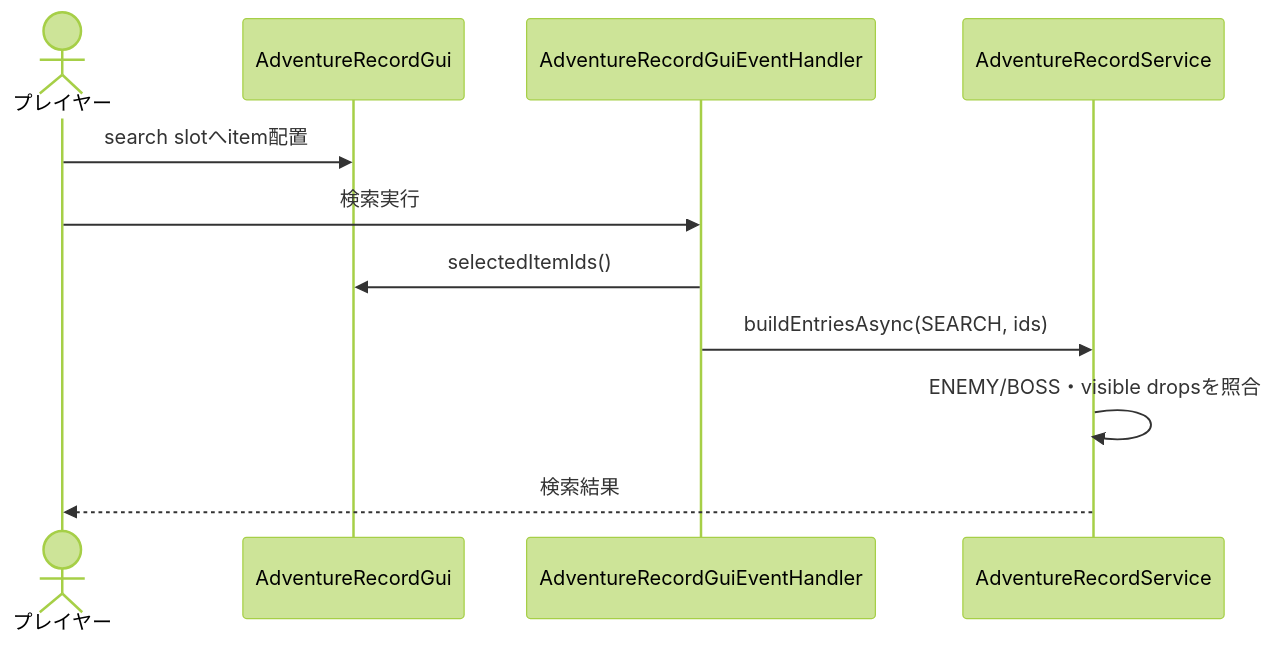
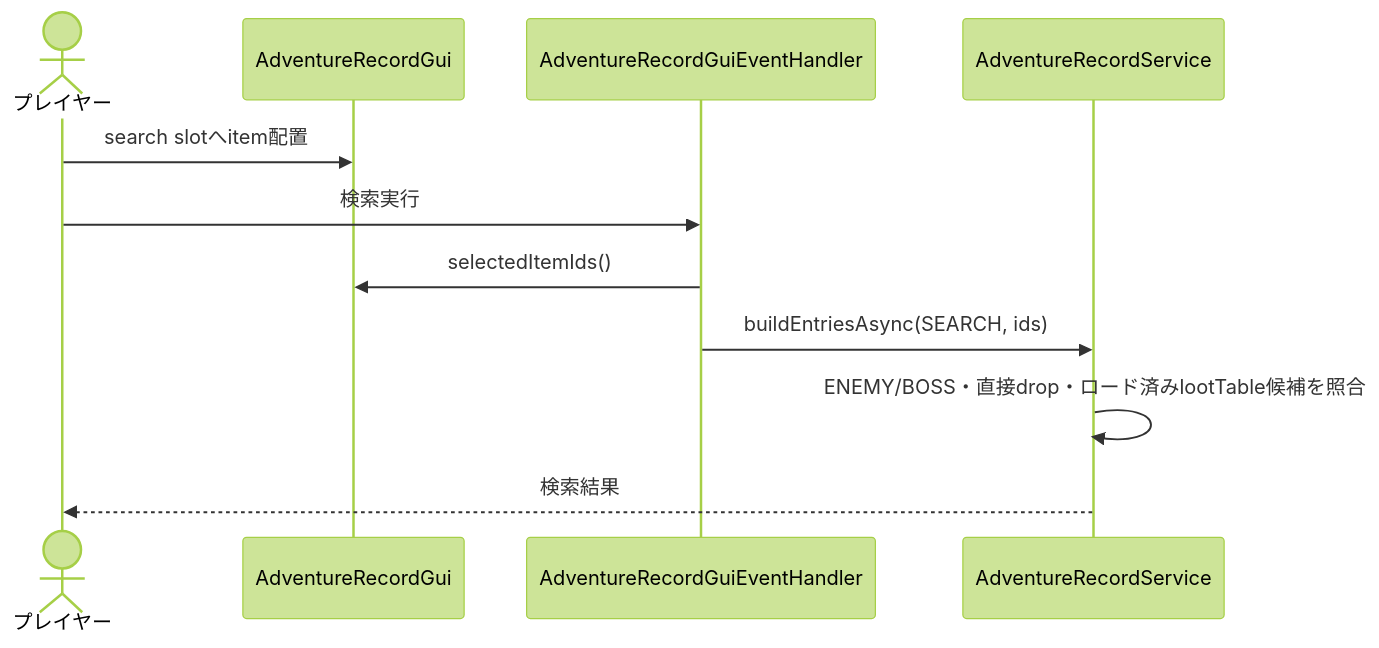
One commit to maaasu/AstralRecord-Workspace changed the third of 4 diagrams in 00_docs/10_Plugin設計書/feature/21-adventurerecord/21_4-統合フロー.md. Above: the diagram before and after it, drawn with Mermaid (forest theme). The commit also changed 8 other files, not shown here.

````diff
--- a/00_docs/10_Plugin設計書/feature/21-adventurerecord/21_4-統合フロー.md
+++ b/00_docs/10_Plugin設計書/feature/21-adventurerecord/21_4-統合フロー.md
@@ -67,13 +67,13 @@
 ```mermaid
 sequenceDiagram
     actor Player as プレイヤー
     participant GUI as AdventureRecordGui
     participant Handler as AdventureRecordGuiEventHandler
     participant Service as AdventureRecordService
     Player->>GUI: search slotへitem配置
     Player->>Handler: 検索実行
     Handler->>GUI: selectedItemIds()
     Handler->>Service: buildEntriesAsync(SEARCH, ids)
-    Service->>Service: ENEMY/BOSS・visible dropsを照合
+    Service->>Service: ENEMY/BOSS・直接drop・ロード済みlootTable候補を照合
     Service-->>Player: 検索結果
 ```
````
